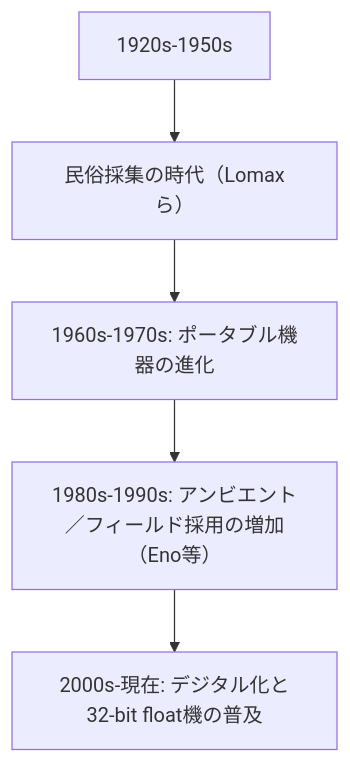
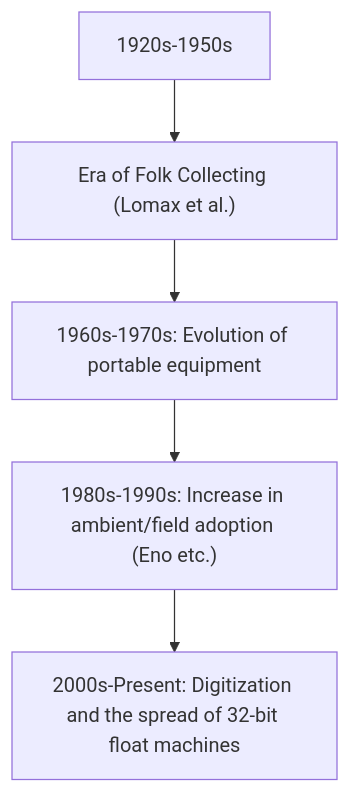
The diagram in en/_posts/2025-09-30-Column-Field-Recording.md (monumental-movement/monumental-movement.github.io), drawn with Mermaid before and after one commit. The commit also changed other lines of this file and 1719 other files, not shown here.

```diff
--- a/en/_posts/2025-09-30-Column-Field-Recording.md
+++ b/en/_posts/2025-09-30-Column-Field-Recording.md
@@ -38,7 +42,7 @@
 <div class="mermaid">
 flowchart TD
-  A["1920s-1950s"] --> B["民俗採集の時代（Lomaxら）"]
-  B --> C["1960s-1970s: ポータブル機器の進化"]
-  C --> D["1980s-1990s: アンビエント／フィールド採用の増加（Eno等）"]
-  D --> E["2000s-現在: デジタル化と32-bit float機の普及"]
+A["1920s-1950s"] --> B["Era of Folk Collecting (Lomax et al.)"]
+B --> C["1960s-1970s: Evolution of portable equipment"]
+C --> D["1980s-1990s: Increase in ambient/field adoption (Eno etc.)"]
+D --> E["2000s-Present: Digitization and the spread of 32-bit float machines"]
 </div>
```
